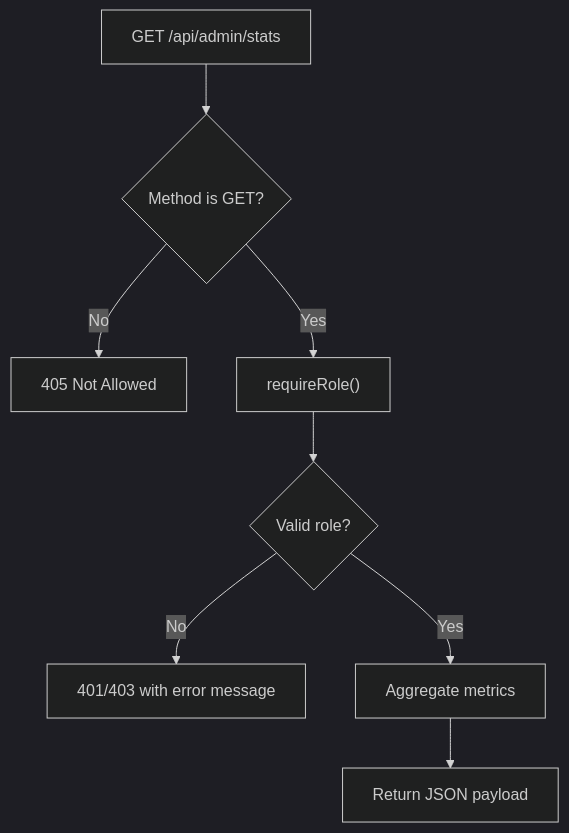
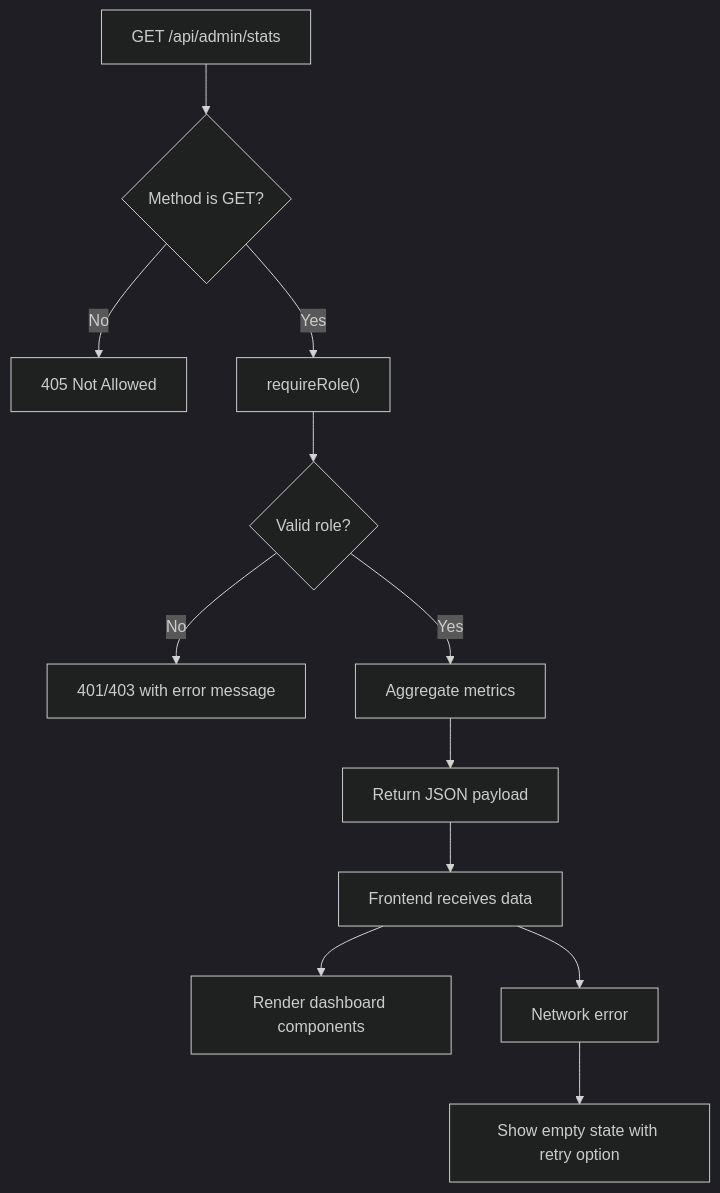
The ninth of 11 diagrams in .qoder/repowiki/en/content/Admin Dashboard/Dashboard Overview.md (ObeyMuchechesi/TicketFlow), drawn with Mermaid (dark theme) before and after one commit. The commit also changed other lines of this file and 12 other files, not shown here.

First line of the commit message:
docs: EcoCash schema columns and project documentation refresh

````diff
--- a/.qoder/repowiki/en/content/Admin Dashboard/Dashboard Overview.md
+++ b/.qoder/repowiki/en/content/Admin Dashboard/Dashboard Overview.md
@@ -269,10 +317,14 @@
 ```mermaid
 flowchart TD
 Request["GET /api/admin/stats"] --> CheckMethod{"Method is GET?"}
 CheckMethod --> |No| MethodError["405 Not Allowed"]
 CheckMethod --> |Yes| RequireRole["requireRole()"]
 RequireRole --> Valid{"Valid role?"}
 Valid --> |No| AuthError["401/403 with error message"]
 Valid --> |Yes| Query["Aggregate metrics"]
 Query --> Success["Return JSON payload"]
+Success --> Frontend["Frontend receives data"]
+Frontend --> Render["Render dashboard components"]
+Frontend --> Error["Network error"]
+Error --> Graceful["Show empty state with retry option"]
 ```
````
